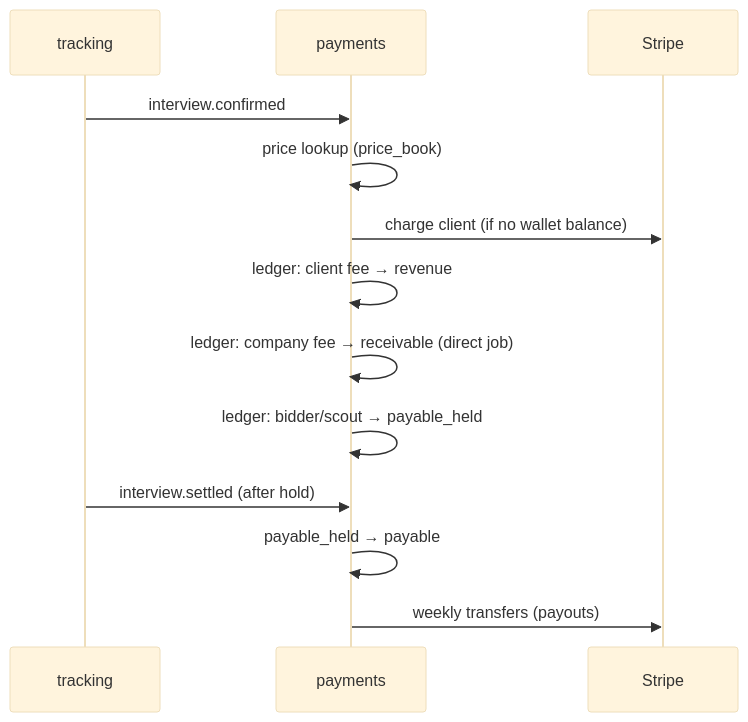
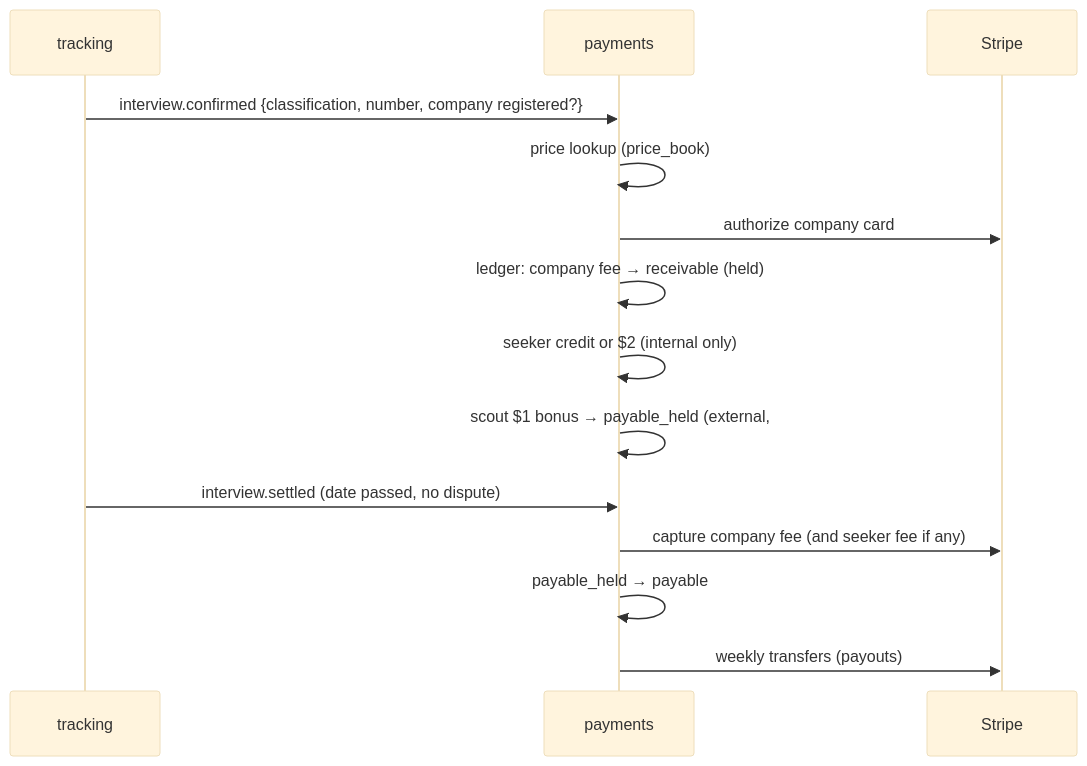
The diagram in docs/31-payments-wallet-escrow.md (sid0709/Joined), drawn with Mermaid (base theme) before and after one commit. The commit also changed other lines of this file and 35 other files, not shown here.

````diff
--- a/docs/31-payments-wallet-escrow.md
+++ b/docs/31-payments-wallet-escrow.md
@@ -63,15 +61,16 @@
 ```mermaid
 sequenceDiagram
   participant T as tracking
   participant P as payments
   participant S as Stripe
-  T->>P: interview.confirmed
+  T->>P: interview.confirmed {classification, number, company registered?}
   P->>P: price lookup (price_book)
-  P->>S: charge client (if no wallet balance)
-  P->>P: ledger: client fee → revenue
-  P->>P: ledger: company fee → receivable (direct job)
-  P->>P: ledger: bidder/scout → payable_held
-  T->>P: interview.settled (after hold)
+  P->>S: authorize company card
+  P->>P: ledger: company fee → receivable (held)
+  P->>P: seeker credit or $2 (internal only)
+  P->>P: scout $1 bonus → payable_held (external, #1, scouted)
+  T->>P: interview.settled (date passed, no dispute)
+  P->>S: capture company fee (and seeker fee if any)
   P->>P: payable_held → payable
   P->>S: weekly transfers (payouts)
 ```
````
